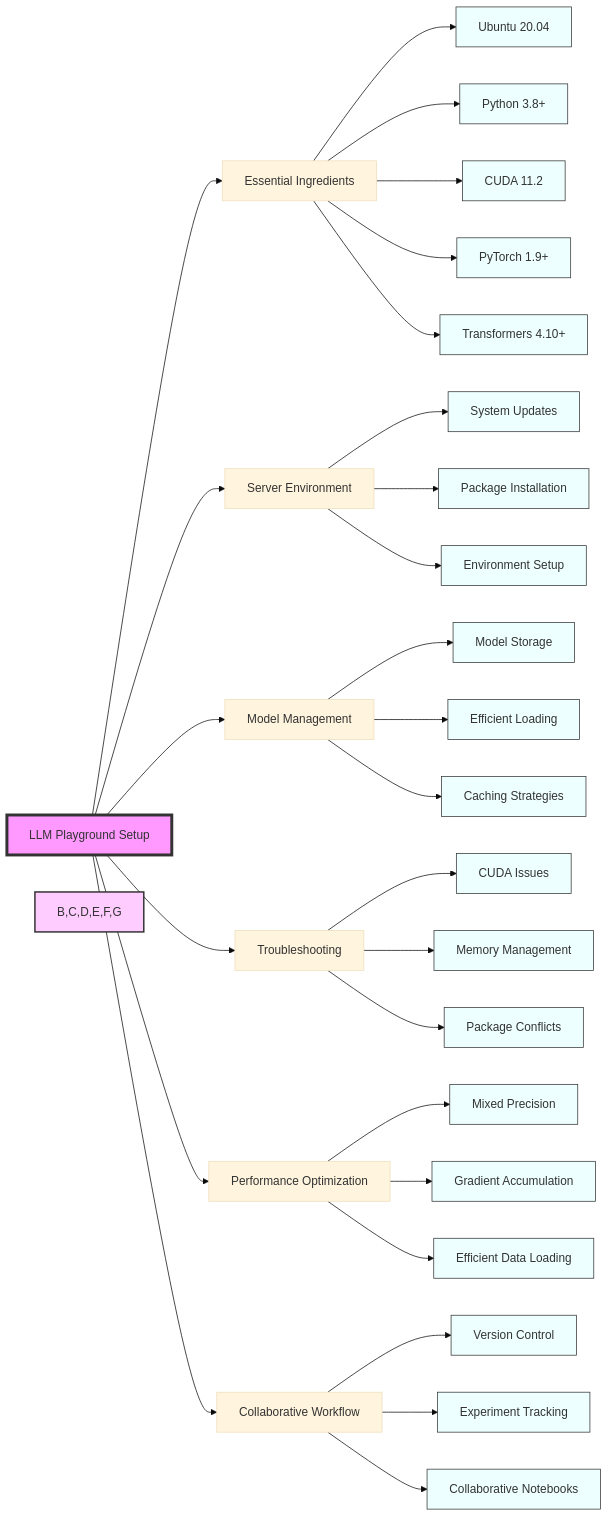
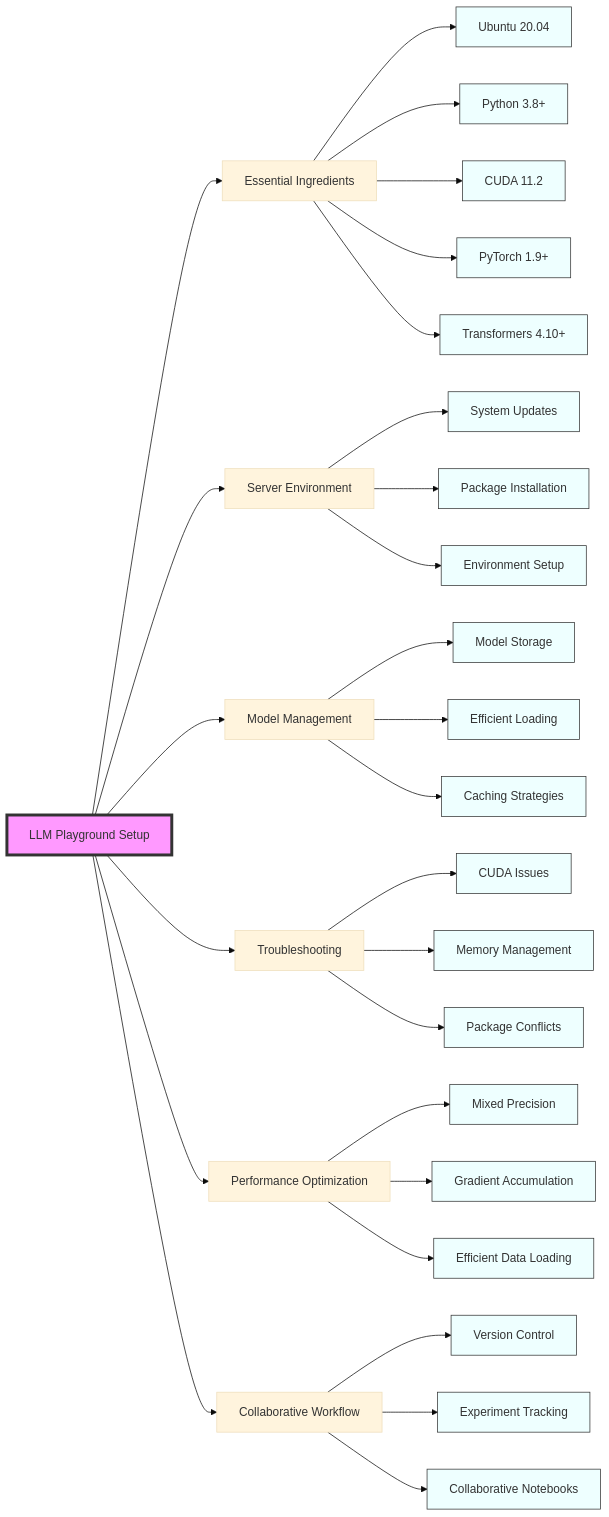
One commit to chenxingqiang/llm-course-chen changed the second of 2 diagrams in notebooks/md/lesson_05_Introduction_and_Setup_of_the_Experimental_Environment.md. Above: the diagram before and after it, drawn with Mermaid (base theme). The commit also changed 216 other files, not shown here.

````diff
--- a/notebooks/md/lesson_05_Introduction_and_Setup_of_the_Experimental_Environment.md
+++ b/notebooks/md/lesson_05_Introduction_and_Setup_of_the_Experimental_Environment.md
@@ -879,40 +879,39 @@
 ```mermaid
 graph LR
     A[LLM Playground Setup] --> B[Essential Ingredients]
     A --> C[Server Environment]
     A --> D[Model Management]
     A --> E[Troubleshooting]
     A --> F[Performance Optimization]
     A --> G[Collaborative Workflow]
 
     B --> B1[Ubuntu 20.04]
     B --> B2[Python 3.8+]
     B --> B3[CUDA 11.2]
     B --> B4[PyTorch 1.9+]
     B --> B5[Transformers 4.10+]
 
     C --> C1[System Updates]
     C --> C2[Package Installation]
     C --> C3[Environment Setup]
 
     D --> D1[Model Storage]
     D --> D2[Efficient Loading]
     D --> D3[Caching Strategies]
 
     E --> E1[CUDA Issues]
     E --> E2[Memory Management]
     E --> E3[Package Conflicts]
 
     F --> F1[Mixed Precision]
     F --> F2[Gradient Accumulation]
     F --> F3[Efficient Data Loading]
 
     G --> G1[Version Control]
     G --> G2[Experiment Tracking]
     G --> G3[Collaborative Notebooks]
 
     style A fill:#f9f,stroke:#333,stroke-width:4px
-    style B,C,D,E,F,G fill:#fcf,stroke:#333,stroke-width:2px
     classDef subTopic fill:#eff,stroke:#333,stroke-width:1px
     class B1,B2,B3,B4,B5,C1,C2,C3,D1,D2,D3,E1,E2,E3,F1,F2,F3,G1,G2,G3 subTopic
 ```
````
